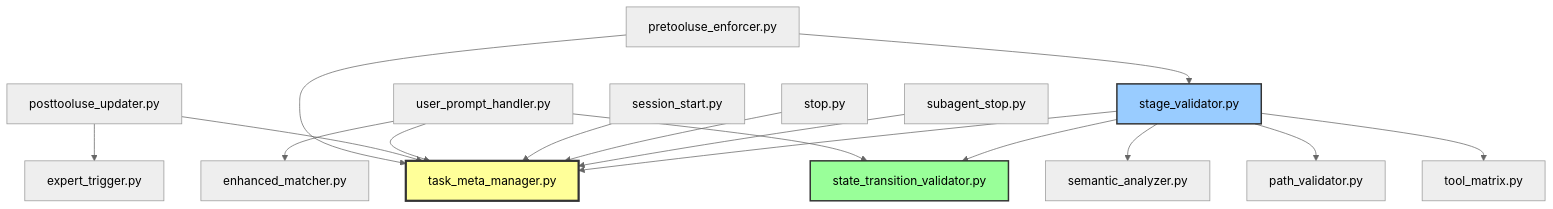
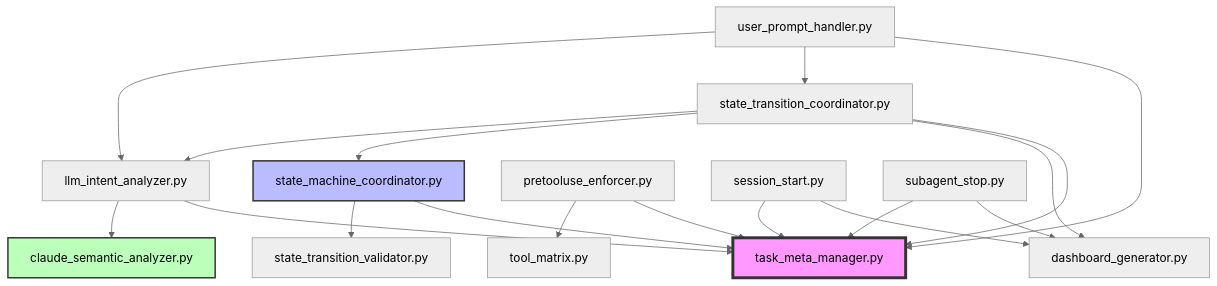
Before and after one commit to jju666/NeteaseMod-Claude: the second of 4 diagrams in docs/developer/Hook状态机功能实现.md, drawn with Mermaid (neutral theme). The commit also changed other lines of this file and 110 other files, not shown here.

````diff
--- a/docs/developer/Hook状态机功能实现.md
+++ b/docs/developer/Hook状态机功能实现.md
@@ -128,27 +116,30 @@
 ```mermaid
-graph TB
-    PTU[pretooluse_enforcer.py] --> SV[stage_validator.py]
-    PTU --> TMM[task_meta_manager.py]
+graph TD
+    UPH[user_prompt_handler.py] --> LIA[llm_intent_analyzer.py]
+    UPH --> STC[state_transition_coordinator.py]
+    UPH --> TMM[task_meta_manager.py]
 
-    POTU[posttooluse_updater.py] --> TMM
-    POTU --> ET[expert_trigger.py]
+    LIA --> CSA[claude_semantic_analyzer.py]
+    LIA --> TMM
 
-    UPS[user_prompt_handler.py] --> TMM
-    UPS --> STV[state_transition_validator.py]
-    UPS --> EM[enhanced_matcher.py]
+    STC --> LIA
+    STC --> SMC[state_machine_coordinator.py]
+    STC --> DG[dashboard_generator.py]
+    STC --> TMM
+
+    SMC --> STV[state_transition_validator.py]
+    SMC --> TMM
+
+    PTU[pretooluse_enforcer.py] --> TM[tool_matrix.py]
+    PTU --> TMM
 
     SS[session_start.py] --> TMM
-    STOP[stop.py] --> TMM
-    SUBSTOP[subagent_stop.py] --> TMM
+    SS --> DG
 
-    SV --> TM[tool_matrix.py]
-    SV --> STV
-    SV --> PV[path_validator.py]
-    SV --> SA[semantic_analyzer.py]
+    STOP[subagent_stop.py] --> TMM
+    STOP --> DG
 
-    SV --> TMM
-
-    style TMM fill:#ff9,stroke:#333,stroke-width:3px
-    style STV fill:#9f9,stroke:#333,stroke-width:2px
-    style SV fill:#9cf,stroke:#333,stroke-width:2px
+    style TMM fill:#f9f,stroke:#333,stroke-width:4px
+    style SMC fill:#bbf,stroke:#333,stroke-width:2px
+    style CSA fill:#bfb,stroke:#333,stroke-width:2px
 ```
````
